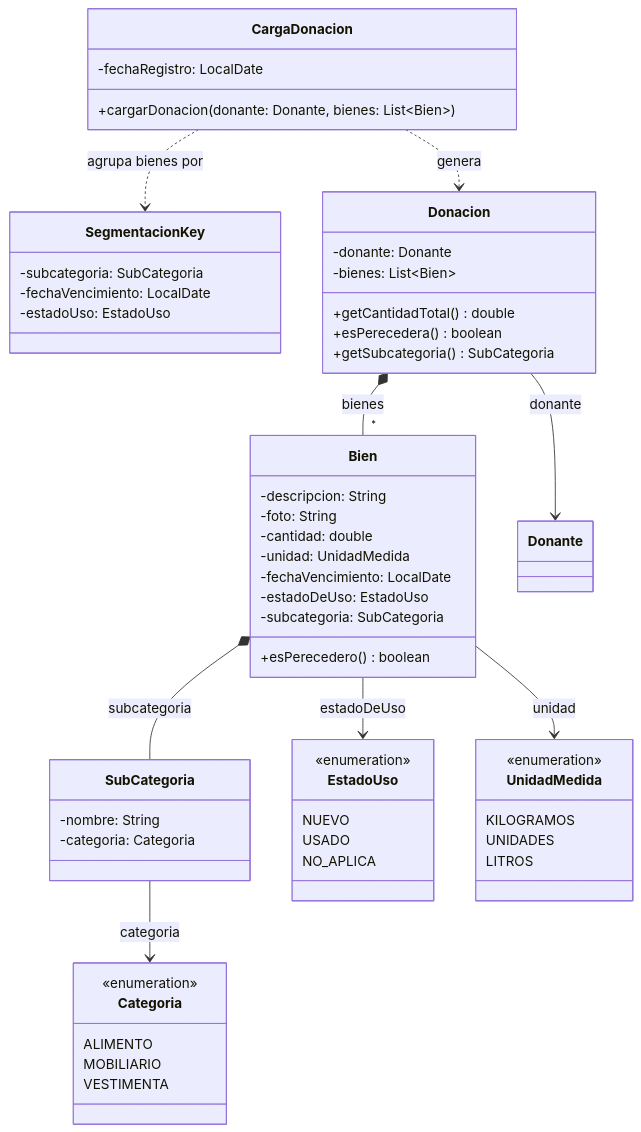
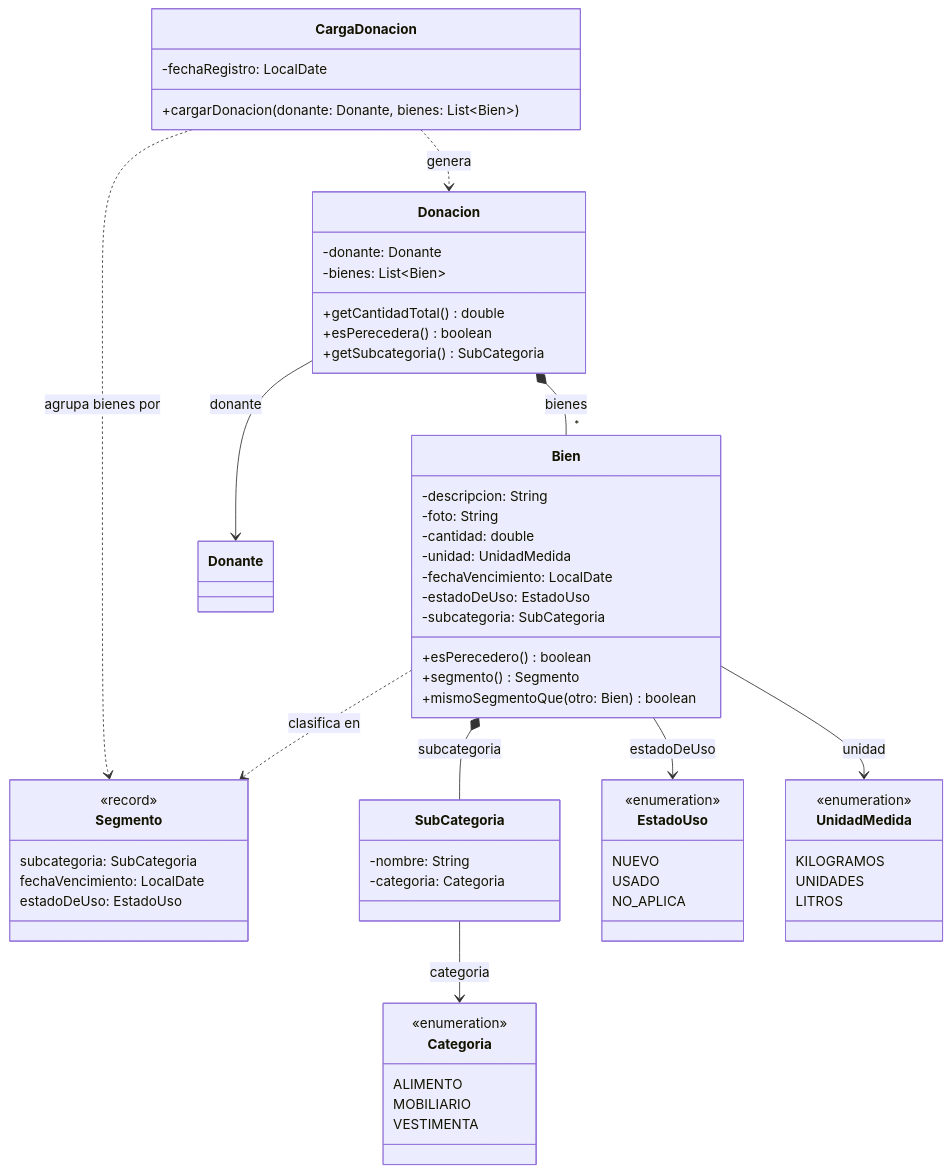
Before and after one commit to eonishi/tp-dds-2026-donatrack: the diagram in docs/diagramas-por-requerimiento/e1-req2-gestion-donaciones.mermaid, drawn with Mermaid. The commit also changed 9 other files, not shown here.

First line of the commit message:
refactor(donaciones): move segmentation key into Bien.Segmento

```diff
--- a/docs/diagramas-por-requerimiento/e1-req2-gestion-donaciones.mermaid
+++ b/docs/diagramas-por-requerimiento/e1-req2-gestion-donaciones.mermaid
@@ -1,66 +1,70 @@
 %% ============================================================================
 %% ENTREGA 1 — Requerimiento 2
 %% "El sistema deberá permitir la gestión de las donaciones resultantes."
 %% Incluye la carga única con segmentación automática por subcategoría.
 %% Fragmento mínimo del dominio involucrado.
 %% ============================================================================
 classDiagram
     direction TB
 
     class CargaDonacion {
         -fechaRegistro: LocalDate
         +cargarDonacion(donante: Donante, bienes: List~Bien~)
     }
-    class SegmentacionKey {
-        -subcategoria: SubCategoria
-        -fechaVencimiento: LocalDate
-        -estadoUso: EstadoUso
+    class Segmento {
+        <<record>>
+        subcategoria: SubCategoria
+        fechaVencimiento: LocalDate
+        estadoDeUso: EstadoUso
     }
     class Donacion {
         -donante: Donante
         -bienes: List~Bien~
         +getCantidadTotal() double
         +esPerecedera() boolean
         +getSubcategoria() SubCategoria
     }
     class Bien {
         -descripcion: String
         -foto: String
         -cantidad: double
         -unidad: UnidadMedida
         -fechaVencimiento: LocalDate
         -estadoDeUso: EstadoUso
         -subcategoria: SubCategoria
         +esPerecedero() boolean
+        +segmento() Segmento
+        +mismoSegmentoQue(otro: Bien) boolean
     }
     class SubCategoria {
         -nombre: String
         -categoria: Categoria
     }
     class Categoria {
         <<enumeration>>
         ALIMENTO
         MOBILIARIO
         VESTIMENTA
     }
     class EstadoUso {
         <<enumeration>>
         NUEVO
         USADO
         NO_APLICA
     }
     class UnidadMedida {
         <<enumeration>>
         KILOGRAMOS
         UNIDADES
         LITROS
     }
 
-    CargaDonacion ..> SegmentacionKey : agrupa bienes por
+    CargaDonacion ..> Segmento : agrupa bienes por
+    Bien ..> Segmento : clasifica en
     CargaDonacion ..> Donacion : genera
     Donacion *-- "*" Bien : bienes
     Donacion --> Donante : donante
     Bien *-- SubCategoria : subcategoria
     Bien --> UnidadMedida : unidad
     Bien --> EstadoUso : estadoDeUso
     SubCategoria --> Categoria : categoria
```
